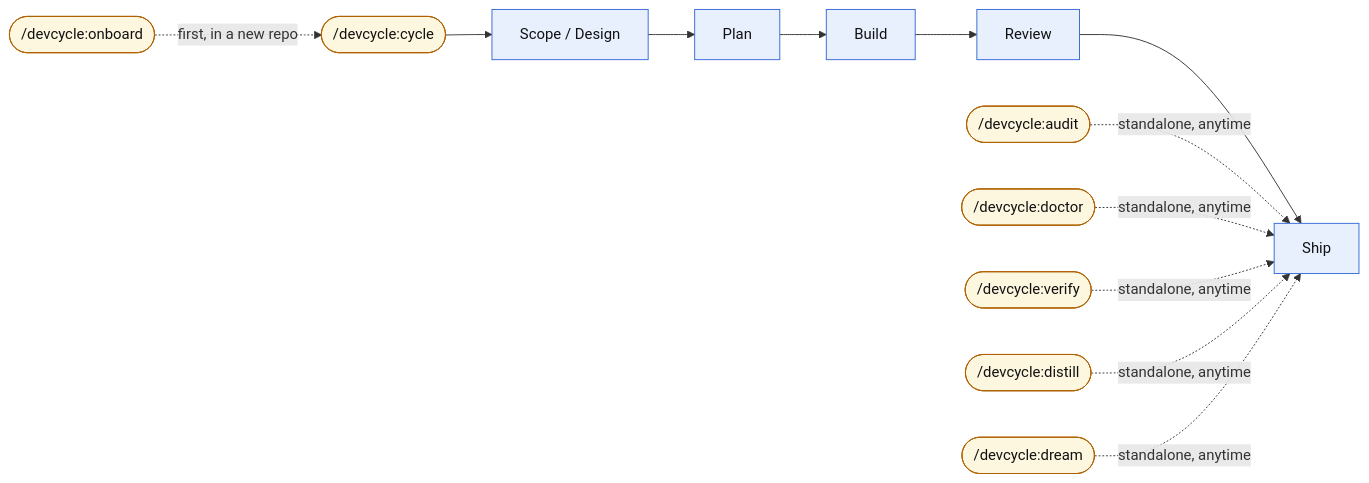
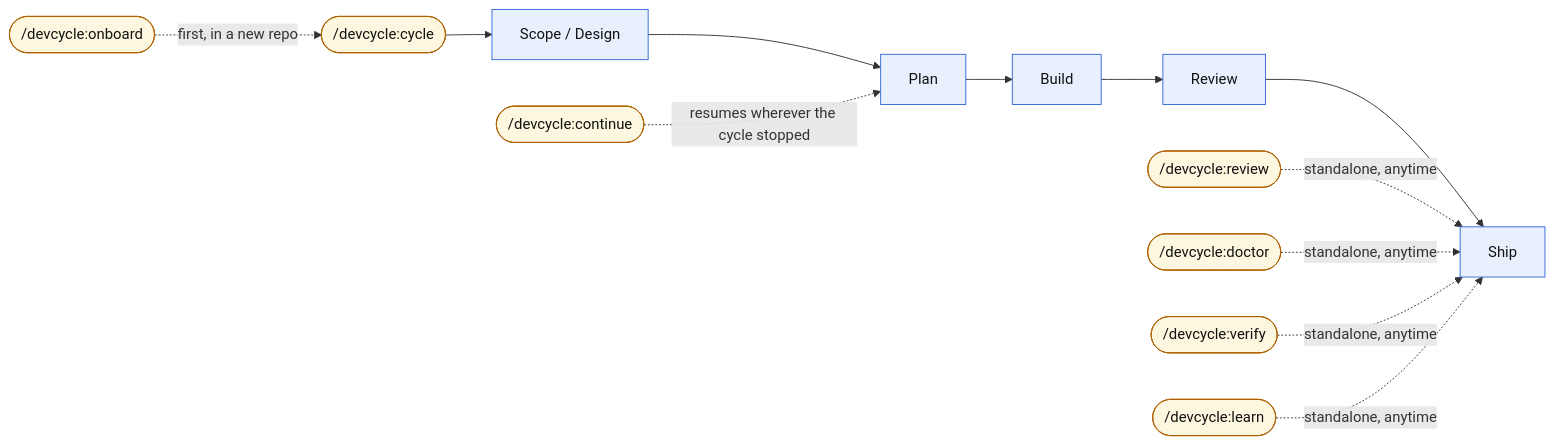
One commit to KonstantinRoehrl/devcycle changed the first of 2 diagrams in README.md. Above: the diagram before and after it, drawn with Mermaid. The commit also changed other lines of this file and 140 other files, not shown here.

First line of the commit message:
feat(surface): collapse to seven commands and rename audit, dream and distill (#43)

````diff
--- a/README.md
+++ b/README.md
@@ -19,26 +19,27 @@
 ```mermaid
 flowchart LR
     CYCLE(["/devcycle:cycle"]):::entry
+    CONT(["/devcycle:continue"]):::entry
     ONBOARD(["/devcycle:onboard"]):::entry
-    AUDIT(["/devcycle:audit"]):::entry
+    REVIEWCMD(["/devcycle:review"]):::entry
     DOCTOR(["/devcycle:doctor"]):::entry
     VERIFY(["/devcycle:verify"]):::entry
-    DISTILL(["/devcycle:distill"]):::entry
-    DREAM(["/devcycle:dream"]):::entry
+    LEARN(["/devcycle:learn"]):::entry
 
     ONBOARD -. "first, in a new repo" .-> CYCLE
     CYCLE --> SCOPE["Scope / Design"]:::orch
     SCOPE --> PLAN["Plan"]:::orch
     PLAN --> BUILD["Build"]:::orch
     BUILD --> REVIEW["Review"]:::orch
     REVIEW --> SHIP["Ship"]:::orch
 
-    AUDIT -. "standalone, anytime" .-> SHIP
+    CONT -. "resumes wherever the cycle stopped" .-> PLAN
+
+    REVIEWCMD -. "standalone, anytime" .-> SHIP
     DOCTOR -. "standalone, anytime" .-> SHIP
     VERIFY -. "standalone, anytime" .-> SHIP
-    DISTILL -. "standalone, anytime" .-> SHIP
-    DREAM -. "standalone, anytime" .-> SHIP
+    LEARN -. "standalone, anytime" .-> SHIP
 
     classDef orch fill:#e8f0fe,stroke:#3367d6,color:#111
     classDef entry fill:#fef7e0,stroke:#b06000,color:#111
 ```
````
